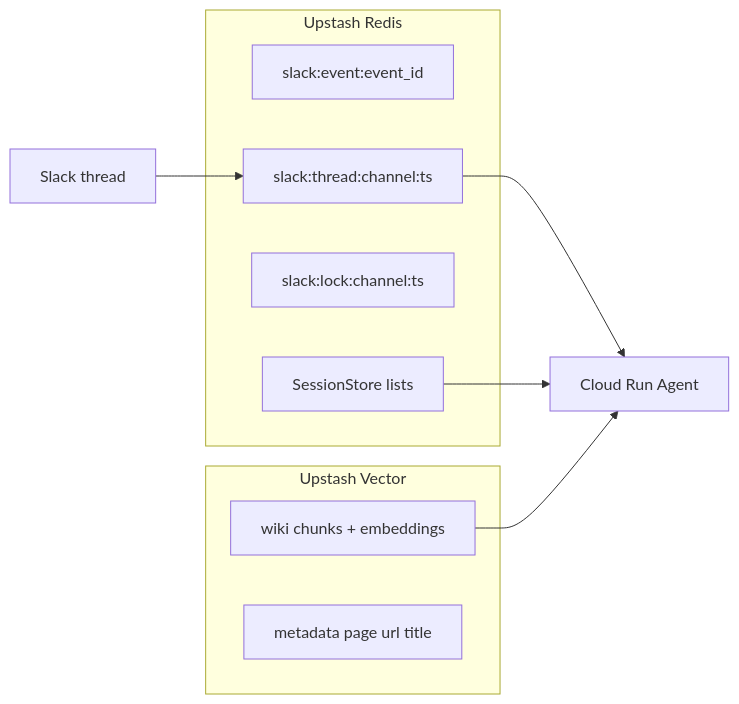
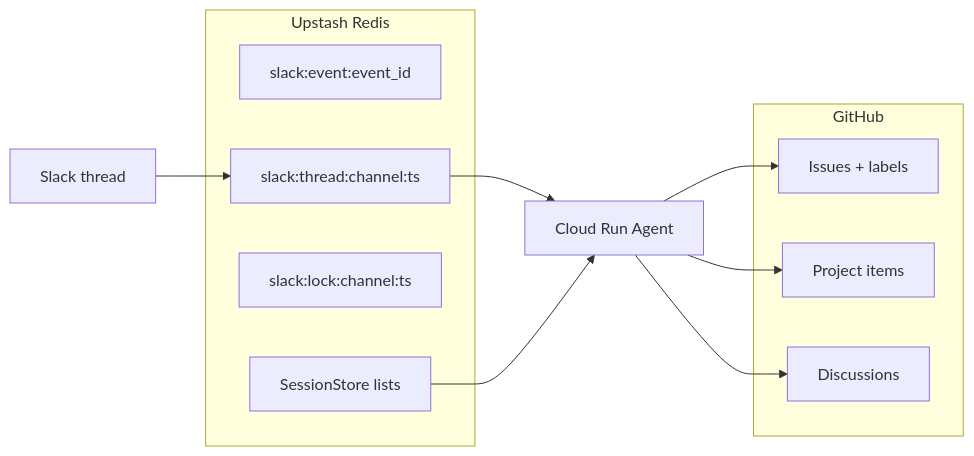
The fifth of 5 diagrams in docs/architecture.md (tentaShiratori/slack-ai-agent), drawn with Mermaid before and after one commit. The commit also changed other lines of this file and 9 other files, not shown here.

````diff
--- a/docs/architecture.md
+++ b/docs/architecture.md
@@ -107,19 +147,22 @@
 ```mermaid
 flowchart LR
   subgraph redisKeys [Upstash Redis]
     K1["slack:event:event_id"]
     K2["slack:thread:channel:ts"]
     K3["slack:lock:channel:ts"]
     K4["SessionStore lists"]
   end
 
-  subgraph vectorIdx [Upstash Vector]
-    V1["wiki chunks + embeddings"]
-    V2["metadata page url title"]
+  subgraph githubData [GitHub]
+    I1[Issues + labels]
+    P1[Project items]
+    D1[Discussions]
   end
 
   SlackThread[Slack thread] --> K2
   K2 --> Agent[Cloud Run Agent]
   K4 --> Agent
-  V1 --> Agent
+  Agent --> I1
+  Agent --> P1
+  Agent --> D1
 ```
````
